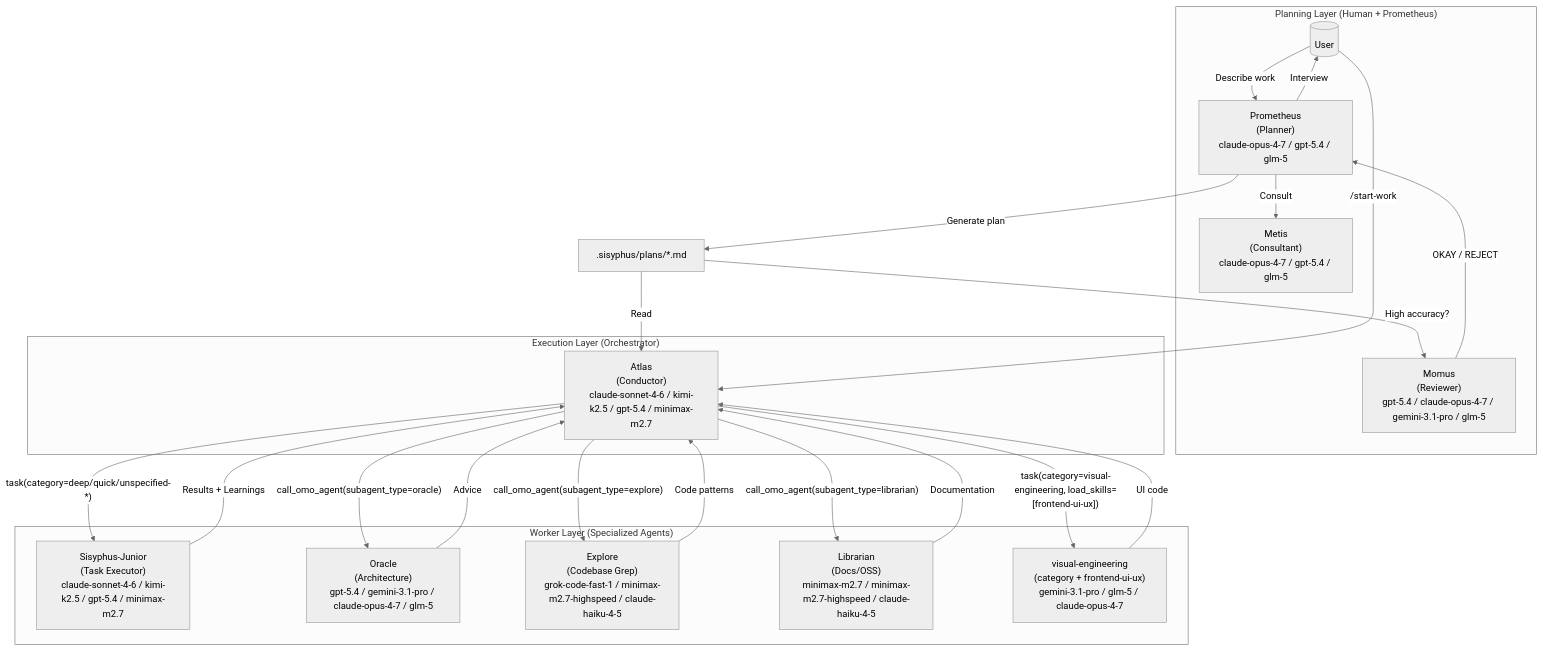
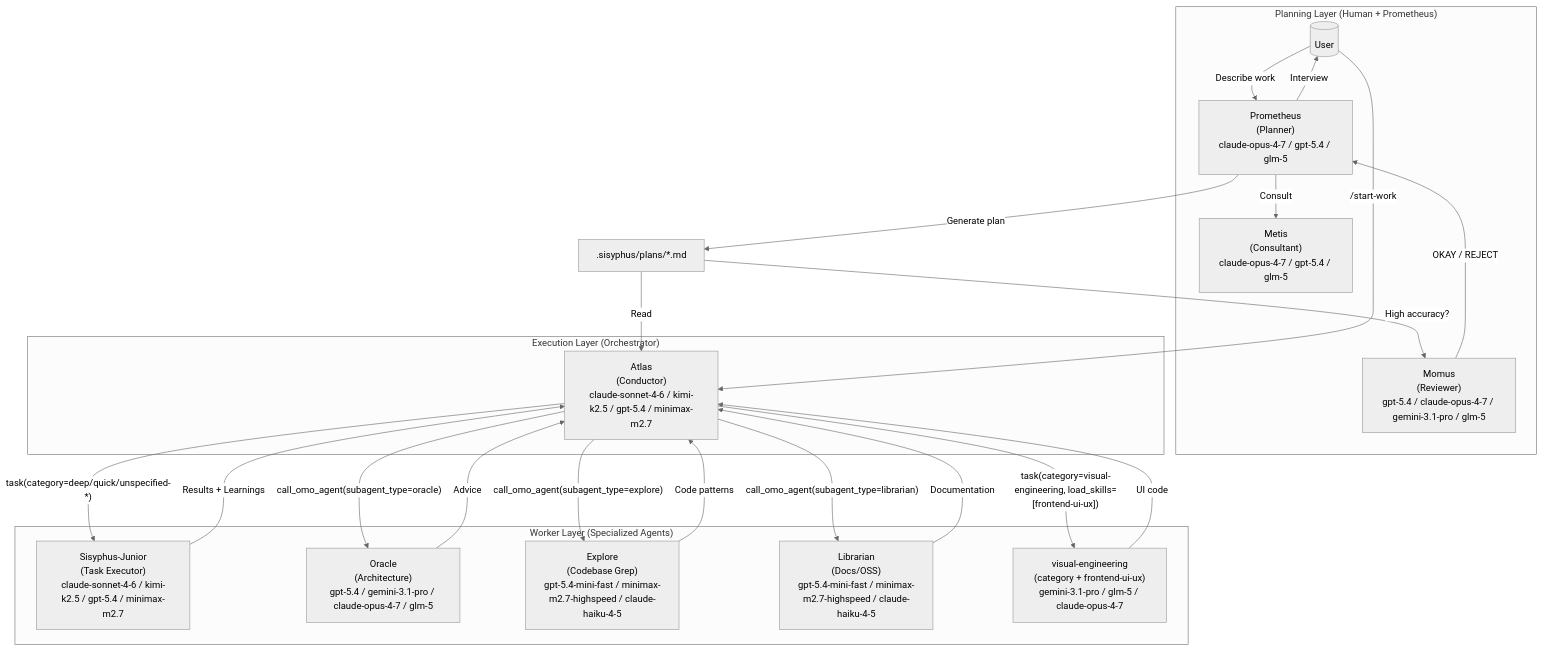
One commit to code-yeongyu/oh-my-openagent changed the first of 3 diagrams in docs/guide/orchestration.md. Above: the diagram before and after it, drawn with Mermaid (neutral theme). The commit also changed 4 other files, not shown here.

````diff
--- a/docs/guide/orchestration.md
+++ b/docs/guide/orchestration.md
@@ -34,43 +34,43 @@
 ```mermaid
 flowchart TB
     subgraph Planning["Planning Layer (Human + Prometheus)"]
         User[(" User")]
         Prometheus[" Prometheus<br/>(Planner)<br/>claude-opus-4-7 / gpt-5.4 / glm-5"]
         Metis[" Metis<br/>(Consultant)<br/>claude-opus-4-7 / gpt-5.4 / glm-5"]
         Momus[" Momus<br/>(Reviewer)<br/>gpt-5.4 / claude-opus-4-7 / gemini-3.1-pro / glm-5"]
     end
 
     subgraph Execution["Execution Layer (Orchestrator)"]
         Orchestrator[" Atlas<br/>(Conductor)<br/>claude-sonnet-4-6 / kimi-k2.5 / gpt-5.4 / minimax-m2.7"]
     end
 
     subgraph Workers["Worker Layer (Specialized Agents)"]
         Junior[" Sisyphus-Junior<br/>(Task Executor)<br/>claude-sonnet-4-6 / kimi-k2.5 / gpt-5.4 / minimax-m2.7"]
         Oracle[" Oracle<br/>(Architecture)<br/>gpt-5.4 / gemini-3.1-pro / claude-opus-4-7 / glm-5"]
-        Explore[" Explore<br/>(Codebase Grep)<br/>grok-code-fast-1 / minimax-m2.7-highspeed / claude-haiku-4-5"]
-        Librarian[" Librarian<br/>(Docs/OSS)<br/>minimax-m2.7 / minimax-m2.7-highspeed / claude-haiku-4-5"]
+Explore[" Explore<br/>(Codebase Grep)<br/>gpt-5.4-mini-fast / minimax-m2.7-highspeed / claude-haiku-4-5"]
+Librarian[" Librarian<br/>(Docs/OSS)<br/>gpt-5.4-mini-fast / minimax-m2.7-highspeed / claude-haiku-4-5"]
         Frontend[" visual-engineering<br/>(category + frontend-ui-ux)<br/>gemini-3.1-pro / glm-5 / claude-opus-4-7"]
     end
 
     User -->|"Describe work"| Prometheus
     Prometheus -->|"Consult"| Metis
     Prometheus -->|"Interview"| User
     Prometheus -->|"Generate plan"| Plan[".sisyphus/plans/*.md"]
     Plan -->|"High accuracy?"| Momus
     Momus -->|"OKAY / REJECT"| Prometheus
 
     User -->|"/start-work"| Orchestrator
     Plan -->|"Read"| Orchestrator
 
     Orchestrator -->|"task(category=deep/quick/unspecified-*)"| Junior
     Orchestrator -->|"call_omo_agent(subagent_type=oracle)"| Oracle
     Orchestrator -->|"call_omo_agent(subagent_type=explore)"| Explore
     Orchestrator -->|"call_omo_agent(subagent_type=librarian)"| Librarian
     Orchestrator -->|"task(category=visual-engineering, load_skills=[frontend-ui-ux])"| Frontend
 
     Junior -->|"Results + Learnings"| Orchestrator
     Oracle -->|"Advice"| Orchestrator
     Explore -->|"Code patterns"| Orchestrator
     Librarian -->|"Documentation"| Orchestrator
     Frontend -->|"UI code"| Orchestrator
 ```
````
